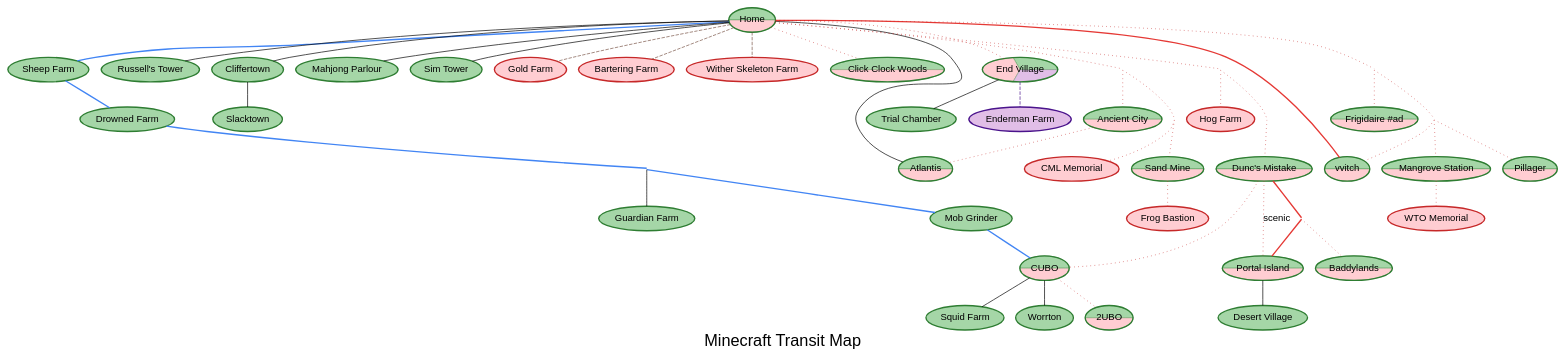
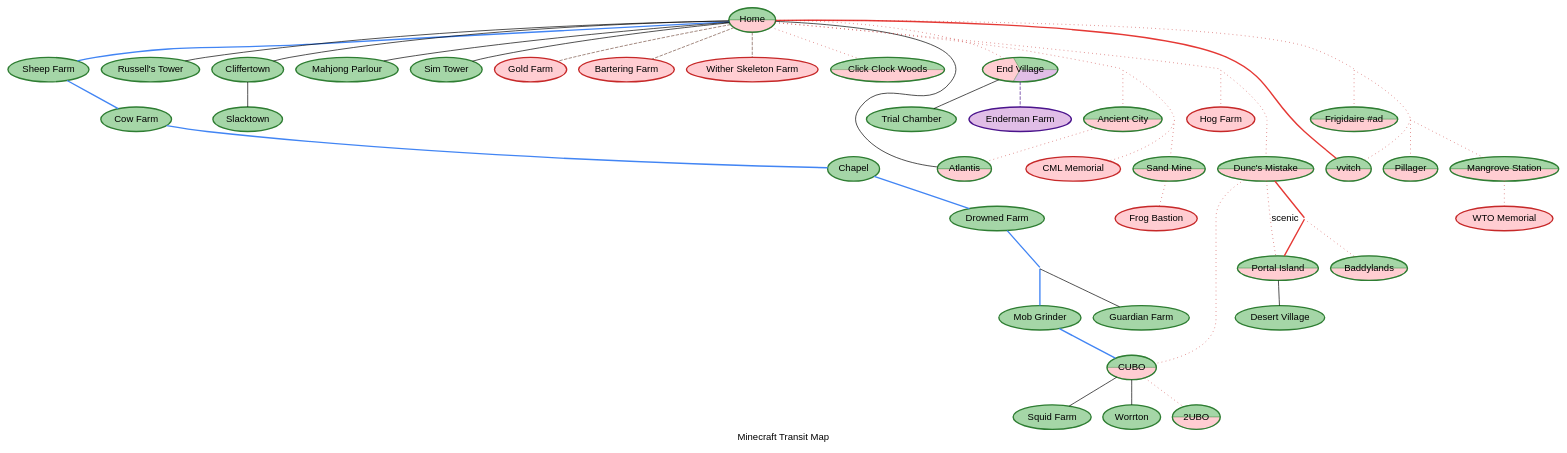
Before and after one commit to eatnumber1/minecraft-transit-map: the diagram in map.gv, drawn with Graphviz.

Commit message:
Fix scaling issues

```diff
--- a/map.gv
+++ b/map.gv
@@ -1,152 +1,153 @@
 digraph MinecraftRailMap {
     // Set global graph, node, and edge attributes for a consistent look
     graph [
+        mode="KK",
         bb="0,0,20,40",
-        overlap="scale",
+        overlap="prism",
         bgcolor="white",
         fontname="Helvetica,Arial,sans-serif",
         label="Minecraft Transit Map",
         fontcolor="black",
-        fontsize=24
     ];
     node [
         fontname="Helvetica,Arial,sans-serif",
         style=filled,
         fontcolor="black",
         penwidth=2
     ];
     edge [
         fontname="Helvetica,Arial,sans-serif",
         color="black"
     ];
 
     // == OVERWORLD NODES ==
     // Nodes are colored in shades of green to represent the Overworld.
     node [color="#2E7D32", fillcolor="#A5D6A7"];
+    Chapel [label="Chapel"];
+    Cow_Farm [label="Cow Farm"];
     Sheep_Farm [label="Sheep Farm"];
     Drowned_Farm [label="Drowned Farm"];
     Mob_Grinder [label="Mob Grinder"];
     Guardian_Farm [label="Guardian Farm"];
     Russells_Tower [label="Russell's Tower"];
     Cliffertown [label="Cliffertown"];
     Mahjong_Parlour [label="Mahjong Parlour"];
     Desert_Village [label="Desert Village"];
     Trial_Chamber [label="Trial Chamber"];
     Slacktown [label="Slacktown"];
     Sim_Tower [label="Sim Tower"];
     Squid_Farm [label="Squid Farm"];
     Worrton [label="Worrton"];
 
     // == NETHER NODES ==
     node [color="#C62828", fillcolor="#FFCDD2"];
     Gold_Farm [label="Gold Farm"];
     Bartering_Farm [label="Bartering Farm"];
     Wither_Skeleton_Farm [label="Wither Skeleton Farm"];
     Hog_Farm [label="Hog Farm"];
     CML_Memorial [label="CML Memorial"];
     Frog [label="Frog Bastion"];
     WTO_Memorial [label="WTO Memorial"];
 
     // == THE END NODES ==
     node [color="#4A148C", fillcolor="#E1BEE7"];
     Enderman_Farm [label="Enderman Farm"];
 
     // == DUAL-DIMENSION NODES ==
     node [style=wedged, penwidth=2, shape=ellipse];
     Home [label="Home", color="#2E7D32", fillcolor="#A5D6A7:#FFCDD2"];
     Baddylands [label="Baddylands", color="#2E7D32", fillcolor="#A5D6A7:#FFCDD2"];
     Portal_Island [label="Portal Island", color="#2E7D32", fillcolor="#A5D6A7:#FFCDD2"];
     _2UBO [label="2UBO", color="#2E7D32", fillcolor="#A5D6A7:#FFCDD2"];
     Pale_Oak_Forest [label="Click Clock Woods", color="#2E7D32", fillcolor="#A5D6A7:#FFCDD2"];
     Atlantis [label="Atlantis", color="#2E7D32", fillcolor="#A5D6A7:#FFCDD2"];
     CUBO [label="CUBO", color="#2E7D32", fillcolor="#A5D6A7:#FFCDD2"];
     Sand_Mine [label="Sand Mine", color="#2E7D32", fillcolor="#A5D6A7:#FFCDD2"];
     Ancient_City [label="Ancient City", color="#2E7D32", fillcolor="#A5D6A7:#FFCDD2"];
     Duncs_Mistake [label="Dunc's Mistake", color="#2E7D32", fillcolor="#A5D6A7:#FFCDD2"];
     Frigidaire_ad [label="Frigidaire #ad", color="#2E7D32", fillcolor="#A5D6A7:#FFCDD2"];
     Pillager [label="Pillager", color="#2E7D32", fillcolor="#A5D6A7:#FFCDD2"];
     Mangrove_Station [label="Mangrove Station", color="#2E7D32", fillcolor="#A5D6A7:#FFCDD2"];
     vvitch [label="vvitch", color="#2E7D32", fillcolor="#A5D6A7:#FFCDD2"];
 
     // == TRI-DIMENSION NODES ==
     End_Village [label="End Village", style=wedged, penwidth=2, shape=ellipse, color="#2E7D32", fillcolor="#A5D6A7:#FFCDD2:#E1BEE7"];
 
     // Invisible junction nodes
     node [style=invis, shape=point, width=0, height=0, label=""];
     Junction1;
     Junction2;
     Junction3;
     Junction4;
     Junction5;
     Junction6;
     Junction7;
     Junction8;
 
     // == EDGES / RAIL CONNECTIONS ==
     // Main railroad line
     edge [dir=none, style=bold, color="#4285F4"];
     Home -> Sheep_Farm;
-    Sheep_Farm -> Drowned_Farm;
+    Sheep_Farm -> Cow_Farm;
+    Cow_Farm -> Chapel;
+    Chapel -> Drowned_Farm;
     Drowned_Farm -> Junction1;
     Junction1 -> Mob_Grinder;
     Mob_Grinder -> CUBO;
 
     // Spur lines
     edge [dir=none, style="", color="black"];
     Junction1 -> Guardian_Farm;
     Home -> Russells_Tower;
     Home -> Cliffertown;
     Cliffertown -> Slacktown;
     Home -> Mahjong_Parlour;
     Home -> Sim_Tower;
     Portal_Island -> Desert_Village;
     End_Village -> Trial_Chamber;
     Home -> Atlantis; // New Overworld route
     CUBO -> Squid_Farm;
     CUBO -> Worrton;
 
     // Nether rail (connects directly to Home)
     edge [dir=none, style=dotted, color="#C62828"];
     Home -> Junction2;
     Junction2 -> Hog_Farm;
     Junction2 -> Junction5;
     Junction5 -> Duncs_Mistake;
     Duncs_Mistake -> Portal_Island [label="scenic"]; // Local line
     Duncs_Mistake -> CUBO;
     CUBO -> _2UBO;
     Home -> End_Village;
     Home -> Pale_Oak_Forest;
     Home -> Junction3;
     Junction3 -> Ancient_City;
     Ancient_City -> Atlantis; // Existing Nether route
     Junction3 -> Junction4;
     Junction4 -> CML_Memorial;
     Junction4 -> Sand_Mine;
     Sand_Mine -> Frog;
     Junction6 -> Baddylands;
     Home -> Junction7;
     Junction7 -> Frigidaire_ad;
     Junction7 -> Junction8;
     Junction8 -> vvitch;
     Junction8 -> Mangrove_Station;
     Mangrove_Station -> WTO_Memorial;
     Junction8 -> Pillager;
 
     // Nether Express Rail
     edge [dir=none, style=bold, color="#E53935"];
     Duncs_Mistake -> Junction6 -> Portal_Island; // Express line
     Home -> vvitch;
 
     // End rail (connects directly to End Village)
     edge [dir=none, style=dashed, color="#4A148C"];
     End_Village -> Enderman_Farm;
 
     // Footpath (connects directly to Home)
     edge [dir=none, style=dashed, color="#795548"];
     Home -> Gold_Farm;
     Home -> Bartering_Farm;
     Home -> Wither_Skeleton_Farm;
-
-
-    
 }
```
